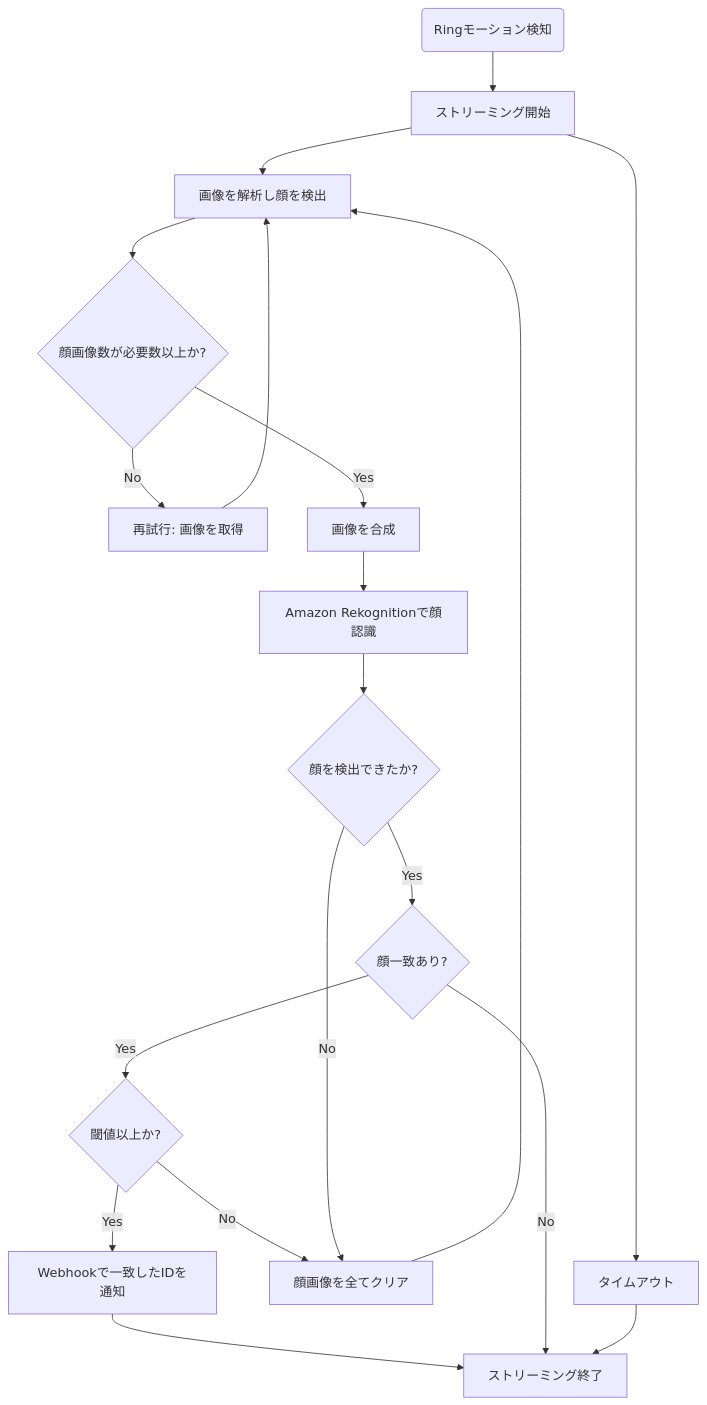
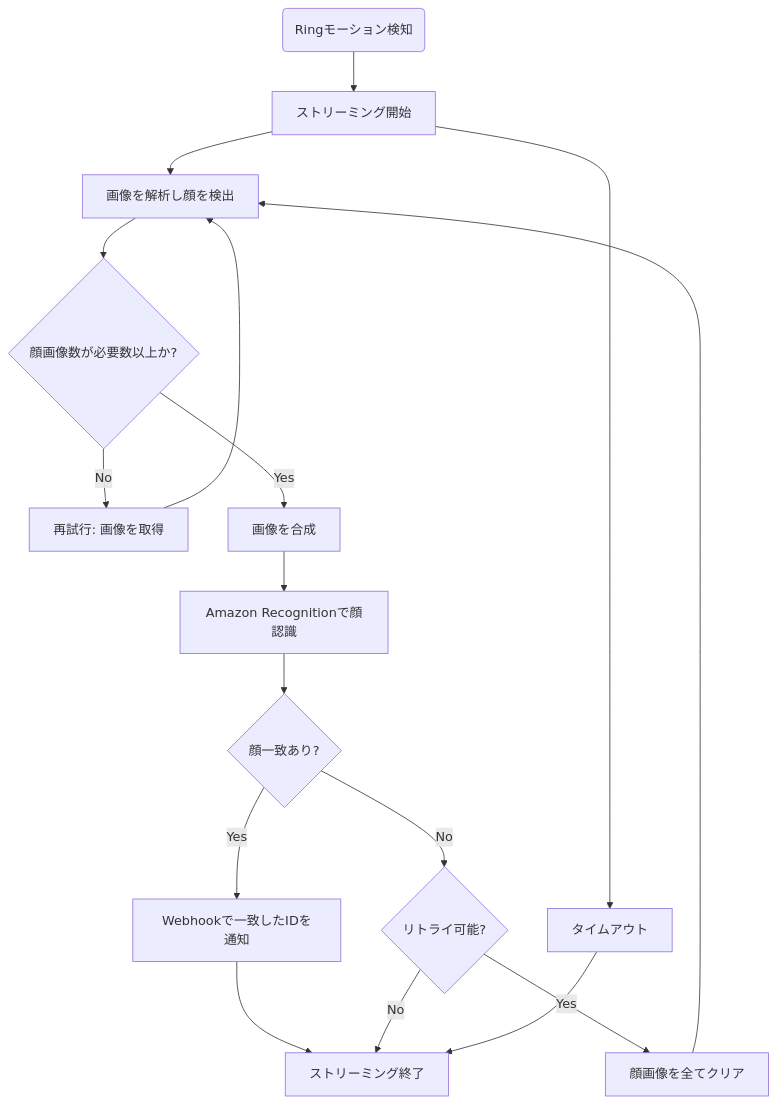
The diagram in README.md (nana4rider/ring-face-recognition), drawn with Mermaid before and after one commit. The commit also changed 6 other files, not shown here.

````diff
--- a/README.md
+++ b/README.md
@@ -13,29 +13,27 @@
 ```mermaid
 graph TD
     start(Ringモーション検知) --> startStream[ストリーミング開始]
     startStream --> detectFace[画像を解析し顔を検出]
 
     %% 必要な顔画像数に達するまでのループ
-    detectFace --> decision1{顔画像数が必要数以上か?}
-    decision1 -->|No| waitAndRetry[再試行: 画像を取得]
+    detectFace --> faceCount{顔画像数が必要数以上か?}
+    faceCount -->|No| waitAndRetry[再試行: 画像を取得]
     waitAndRetry --> detectFace
-    decision1 -->|Yes| composeImages[画像を合成]
+    faceCount -->|Yes| composeImages[画像を合成]
 
-    %% Rekognitionと閾値チェック
-    composeImages --> sendToRekognition[Amazon Rekognitionで顔認識]
-    decision2 -->|Yes| checkThreshold{閾値以上か?}
-    checkThreshold -->|Yes| notifyWebhook[Webhookで一致したIDを通知]
+    %% Recognition
+    composeImages --> sendToRecognition[Amazon Recognitionで顔認識]
+    matched -->|Yes| notifyWebhook[Webhookで一致したIDを通知]
     notifyWebhook --> stopStream[ストリーミング終了]
-    checkThreshold -->|No| clearFace[顔画像を全てクリア]
+
+    %% Recognition失敗時の処理
+    sendToRecognition --> matched{顔一致あり?}
+    matched -->|No| retry{リトライ可能?}
+    retry -->|Yes| clearFace[顔画像を全てクリア]
     clearFace --> detectFace
-    decision2 -->|No| stopStream
-
-    %% Rekognition失敗時の処理
-    sendToRekognition --> decision3{顔を検出できたか?}
-    decision3 -->|No| clearFace
-    decision3 -->|Yes| decision2{顔一致あり?}
+    retry -->|No| stopStream
 
     %% タイムアウト処理
     startStream --> timeout[タイムアウト]
     timeout --> stopStream
 ```
````
